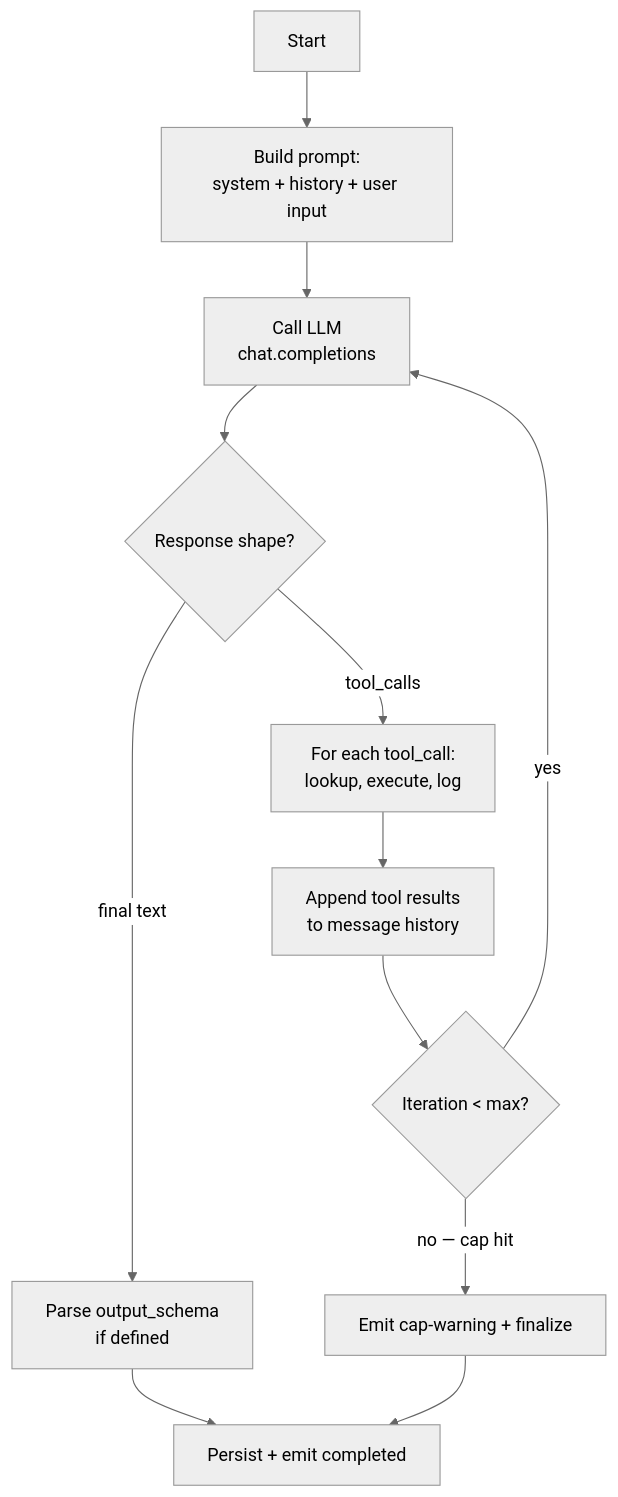
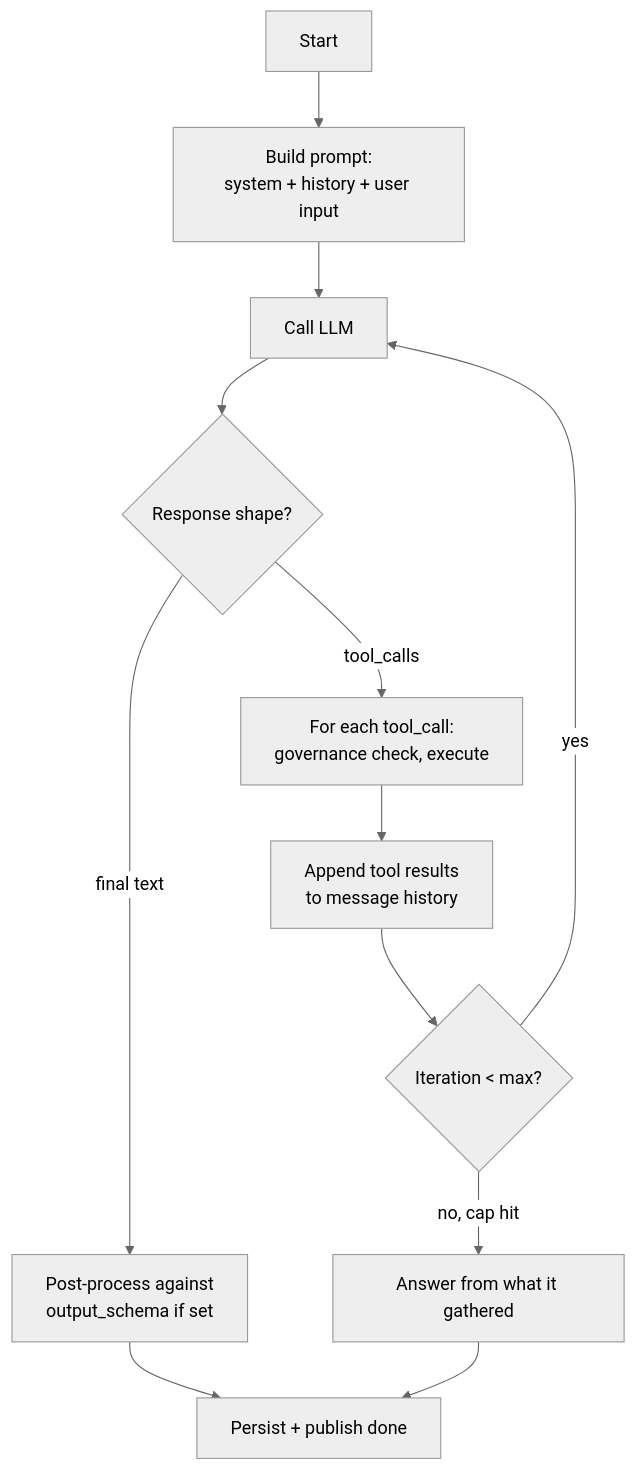
The second of 3 diagrams in docs/01-architecture/02-request-lifecycle.md (sarkar4777/abenix), drawn with Mermaid (neutral theme) before and after one commit. The commit also changed other lines of this file and 288 other files, not shown here.

````diff
--- a/docs/01-architecture/02-request-lifecycle.md
+++ b/docs/01-architecture/02-request-lifecycle.md
@@ -139,14 +152,14 @@
 ```mermaid
 flowchart TD
   S[Start] --> P[Build prompt:<br/>system + history + user input]
-  P --> L[Call LLM<br/>chat.completions]
+  P --> L[Call LLM]
   L --> D{Response shape?}
-  D -->|tool_calls| TC[For each tool_call:<br/>lookup, execute, log]
+  D -->|tool_calls| TC[For each tool_call:<br/>governance check, execute]
   TC --> A[Append tool results<br/>to message history]
   A --> I{Iteration < max?}
   I -->|yes| L
-  I -->|no — cap hit| E[Emit cap-warning + finalize]
-  D -->|final text| F[Parse output_schema<br/>if defined]
-  F --> X[Persist + emit completed]
+  I -->|no, cap hit| E[Answer from what it gathered]
+  D -->|final text| F[Post-process against<br/>output_schema if set]
+  F --> X[Persist + publish done]
   E --> X
 ```
````
